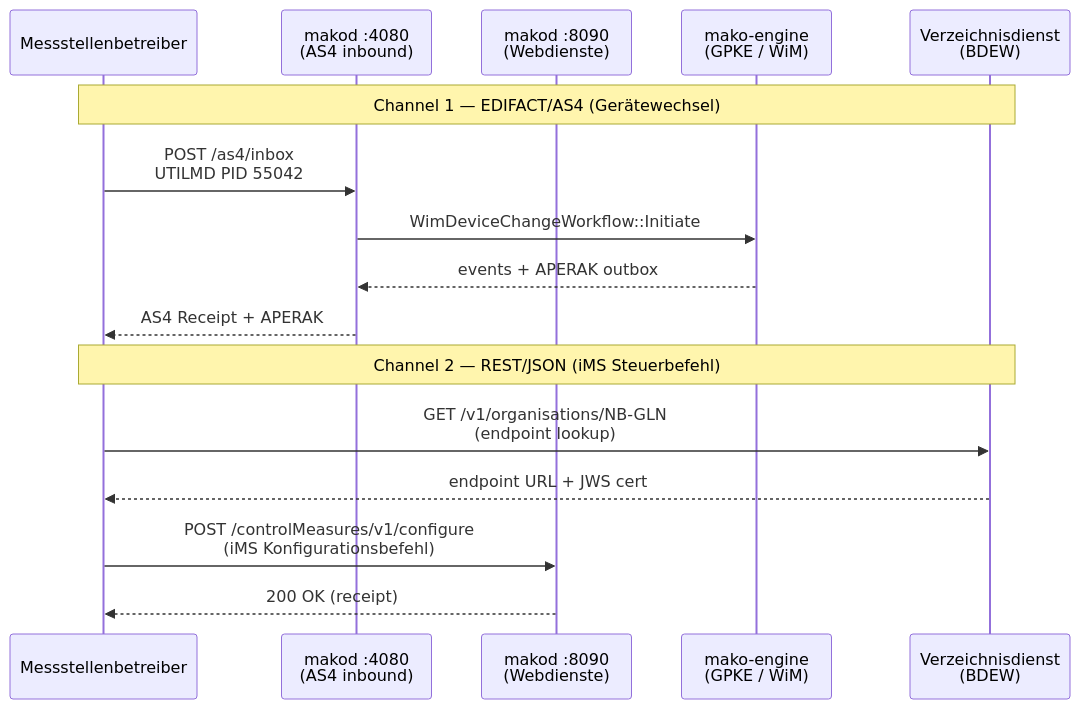
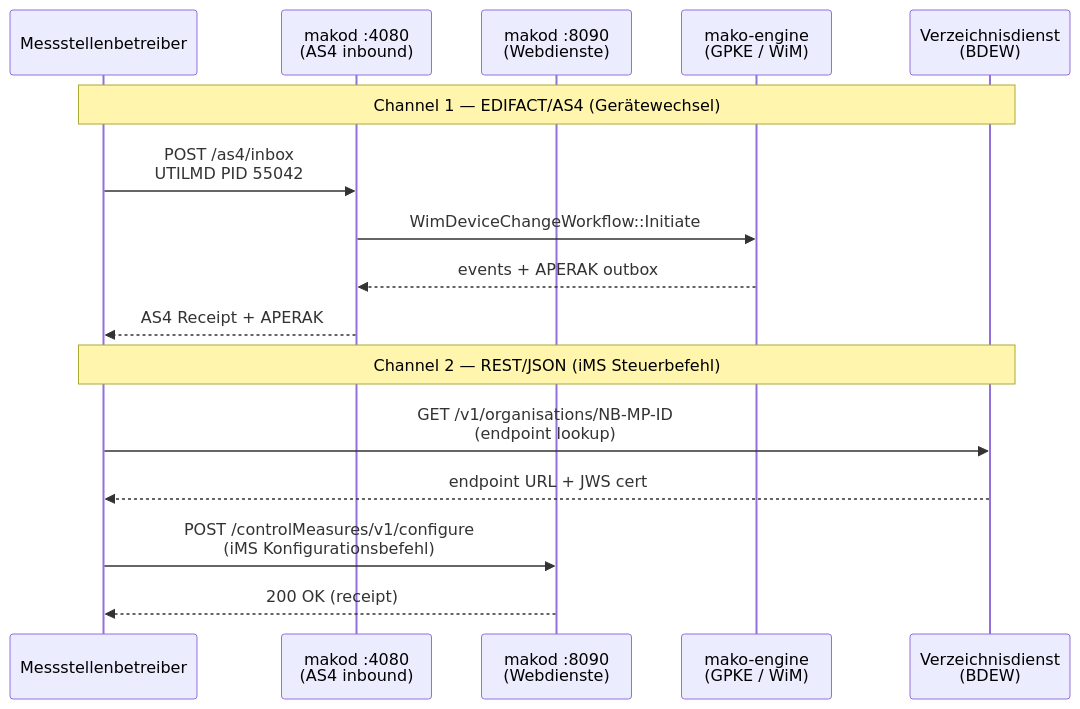
Before and after one commit to hupe1980/mako: the second of 2 diagrams in site/content/docs/architecture/api-webdienste.md, drawn with Mermaid. The commit also changed 306 other files, not shown here.

````diff
--- a/site/content/docs/architecture/api-webdienste.md
+++ b/site/content/docs/architecture/api-webdienste.md
@@ -115,20 +115,20 @@
 ```mermaid
 sequenceDiagram
     participant MSB as Messstellenbetreiber
     participant NB_AS4 as makod :4080<br/>(AS4 inbound)
     participant NB_WEB as makod :8090<br/>(Webdienste)
     participant engine as mako-engine<br/>(GPKE / WiM)
     participant dir as Verzeichnisdienst<br/>(BDEW)
 
     Note over MSB,dir: Channel 1 — EDIFACT/AS4 (Gerätewechsel)
     MSB->>NB_AS4: POST /as4/inbox<br/>UTILMD PID 55042
     NB_AS4->>engine: WimDeviceChangeWorkflow::Initiate
     engine-->>NB_AS4: events + APERAK outbox
     NB_AS4-->>MSB: AS4 Receipt + APERAK
 
     Note over MSB,dir: Channel 2 — REST/JSON (iMS Steuerbefehl)
-    MSB->>dir: GET /v1/organisations/NB-GLN<br/>(endpoint lookup)
+    MSB->>dir: GET /v1/organisations/NB-MP-ID<br/>(endpoint lookup)
     dir-->>MSB: endpoint URL + JWS cert
     MSB->>NB_WEB: POST /controlMeasures/v1/configure<br/>(iMS Konfigurationsbefehl)
     NB_WEB-->>MSB: 200 OK (receipt)
 ```
````
